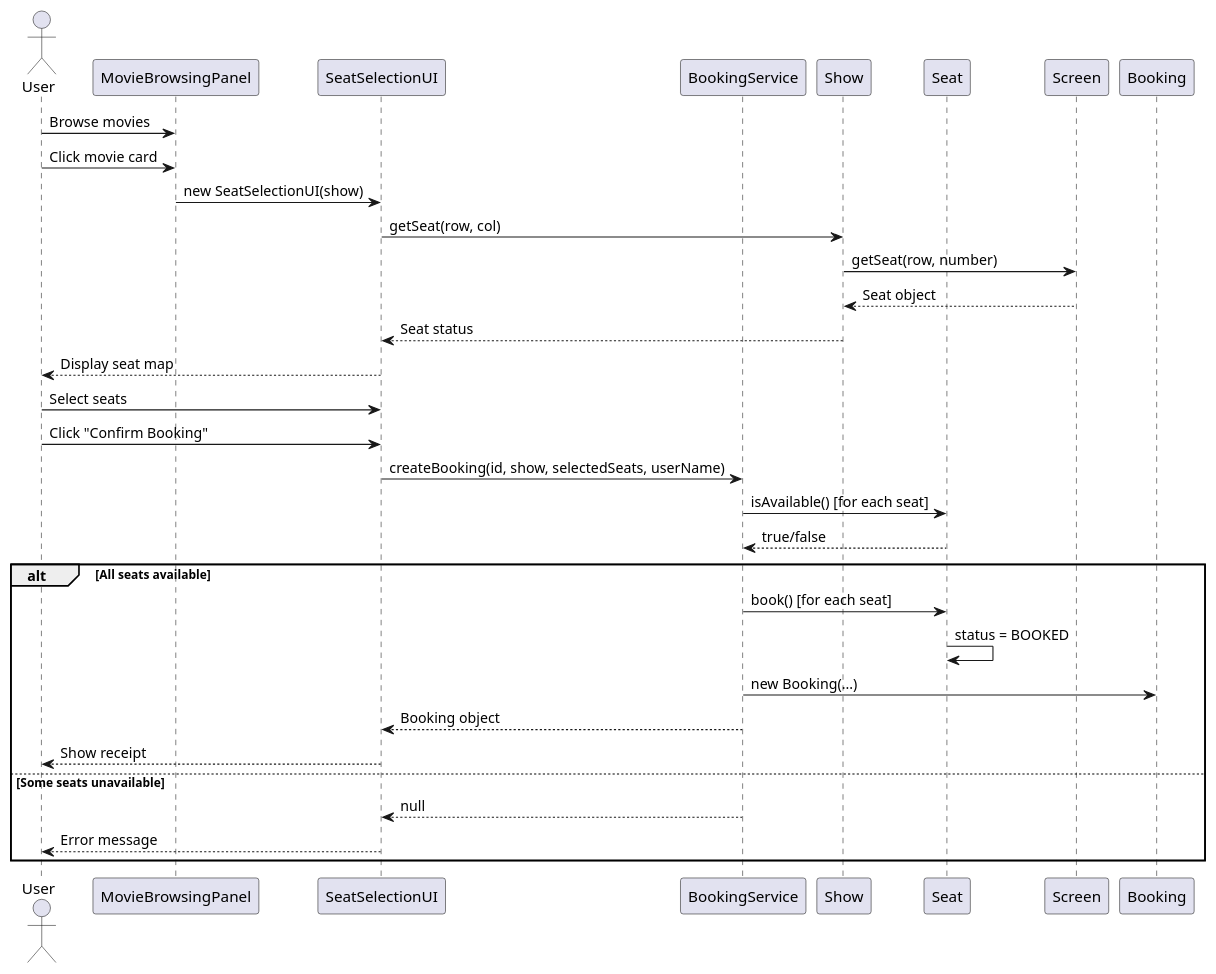
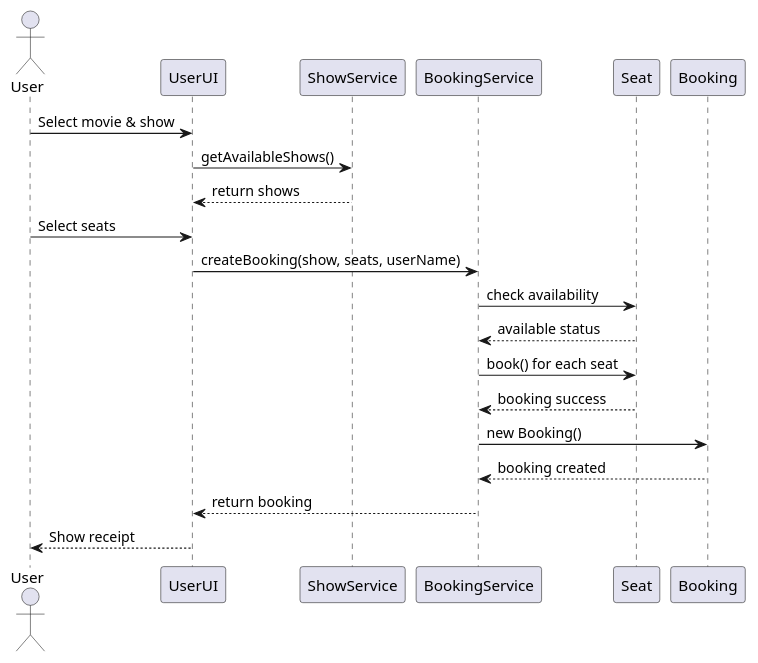
The second of 4 diagrams in UML_DIAGRAMS.md (HgH7/cinema-scheduling-system), drawn with PlantUML before and after one commit. The commit also changed other lines of this file and 23 other files, not shown here.

````diff
--- a/UML_DIAGRAMS.md
+++ b/UML_DIAGRAMS.md
@@ -239,42 +106,26 @@
 ```plantuml
-@startuml Seat Booking Sequence
+@startuml Booking Sequence
 
 actor User
-participant MovieBrowsingPanel
-participant SeatSelectionUI
+participant UserUI
+participant ShowService
 participant BookingService
-participant Show
 participant Seat
+participant Booking
 
-User -> MovieBrowsingPanel: Browse movies
-User -> MovieBrowsingPanel: Click movie card
-
-MovieBrowsingPanel -> SeatSelectionUI: new SeatSelectionUI(show)
-
-SeatSelectionUI -> Show: getSeat(row, col)
-Show -> Screen: getSeat(row, number)
-Screen --> Show: Seat object
-Show --> SeatSelectionUI: Seat status
-
-SeatSelectionUI --> User: Display seat map
-
-User -> SeatSelectionUI: Select seats
-User -> SeatSelectionUI: Click "Confirm Booking"
-
-SeatSelectionUI -> BookingService: createBooking(id, show, selectedSeats, userName)
-BookingService -> Seat: isAvailable() [for each seat]
-Seat --> BookingService: true/false
-
-alt All seats available
-    BookingService -> Seat: book() [for each seat]
-    Seat -> Seat: status = BOOKED
-    BookingService -> Booking: new Booking(...)
-    BookingService --> SeatSelectionUI: Booking object
-    SeatSelectionUI --> User: Show receipt
-else Some seats unavailable
-    BookingService --> SeatSelectionUI: null
-    SeatSelectionUI --> User: Error message
-end
+User -> UserUI: Select movie & show
+UserUI -> ShowService: getAvailableShows()
+ShowService --> UserUI: return shows
+User -> UserUI: Select seats
+UserUI -> BookingService: createBooking(show, seats, userName)
+BookingService -> Seat: check availability
+Seat --> BookingService: available status
+BookingService -> Seat: book() for each seat
+Seat --> BookingService: booking success
+BookingService -> Booking: new Booking()
+Booking --> BookingService: booking created
+BookingService --> UserUI: return booking
+UserUI --> User: Show receipt
 
 @enduml
 ```
````
